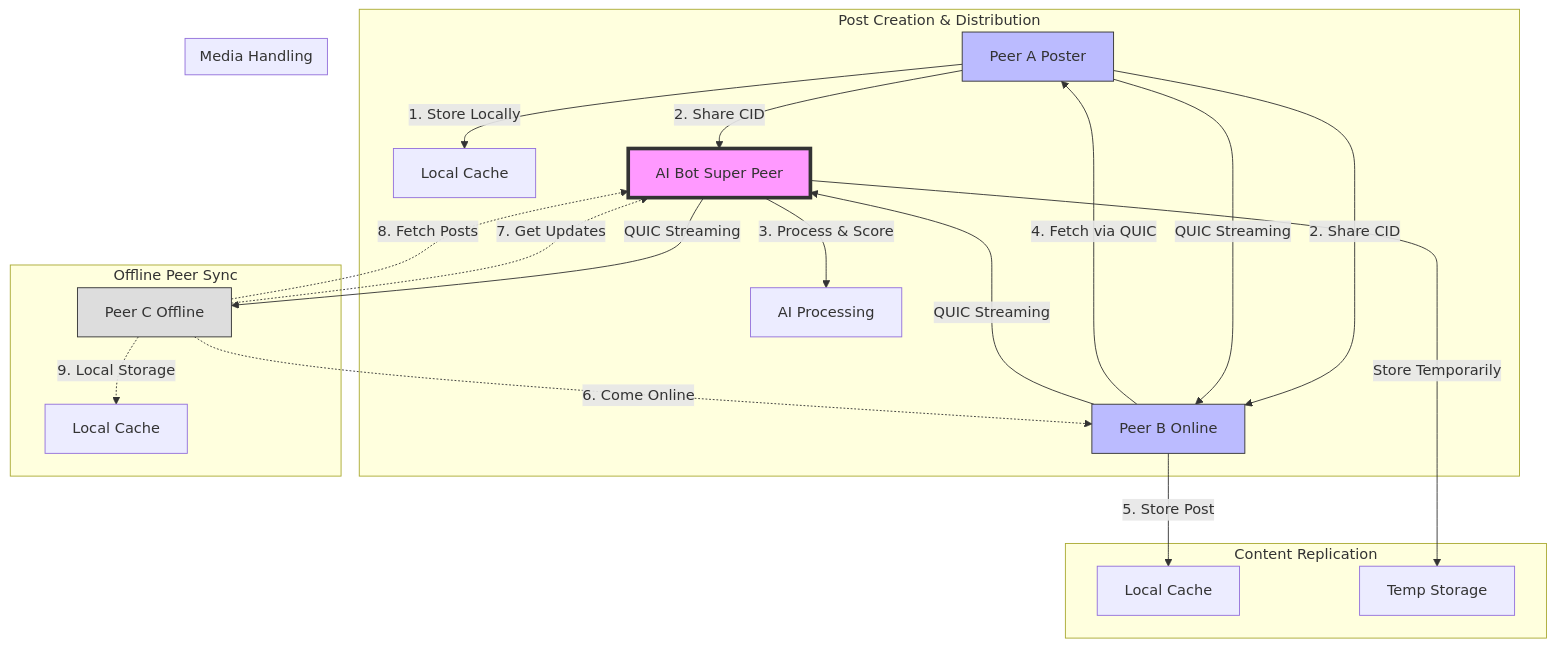
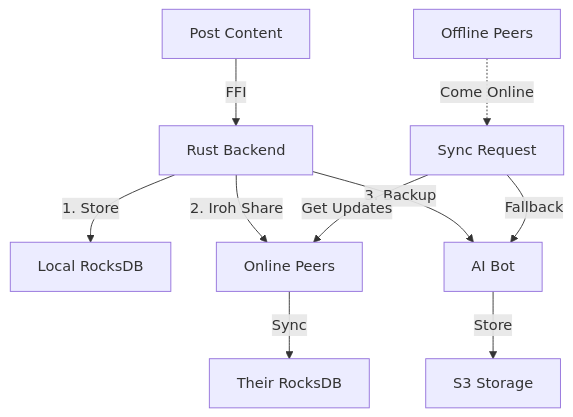
The fourth of 12 diagrams in README.md (goldilocksfashion/dripp-backend), drawn with Mermaid before and after one commit. The commit also changed other lines of this file, not shown here.

Commit message:
read me updated with flow details

````diff
--- a/README.md
+++ b/README.md
@@ -4,34 +66,16 @@
 ```mermaid
 
-  graph TD
-    subgraph "Post Creation & Distribution"
-        A[Peer A Poster] -->|1. Store Locally| A1[Local Cache]
-        A -->|2. Share CID| D[AI Bot Super Peer]
-        A -->|2. Share CID| B[Peer B Online]
-        D -->|3. Process & Score| D1[AI Processing]
-    end
+graph TD
+    A[Post Content] -->|FFI| B[Rust Backend]
+    B -->|1. Store| C[Local RocksDB]
+    B -->|2. Iroh Share| D[Online Peers]
+    B -->|3. Backup| E[AI Bot]
+    
+    D -->|Sync| F[Their RocksDB]
+    E -->|Store| G[S3 Storage]
+    
+    H[Offline Peers] -.->|Come Online| I[Sync Request]
+    I -->|Get Updates| D
+    I -->|Fallback| E
 
-    subgraph "Content Replication"
-        B -->|4. Fetch via QUIC| A
-        B -->|5. Store Post| B1[Local Cache]
-        D -->|Store Temporarily| D2[Temp Storage]
-    end
-
-    subgraph "Offline Peer Sync"
-        C[Peer C Offline] -.->|6. Come Online| B
-        C -.->|7. Get Updates| D
-        C -.->|8. Fetch Posts| D
-        C -.->|9. Local Storage| C1[Local Cache]
-    end
-
-    subgraph "Media Handling"
-        A -->|QUIC Streaming| B
-        B -->|QUIC Streaming| D
-        D -->|QUIC Streaming| C
-    end
-
-    style D fill:#f9f,stroke:#333,stroke-width:4px
-    style A fill:#bbf,stroke:#333
-    style B fill:#bbf,stroke:#333
-    style C fill:#ddd,stroke:#333
 ```
````
